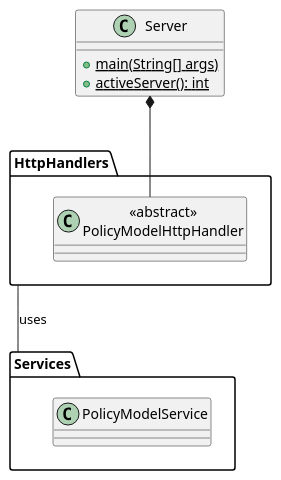
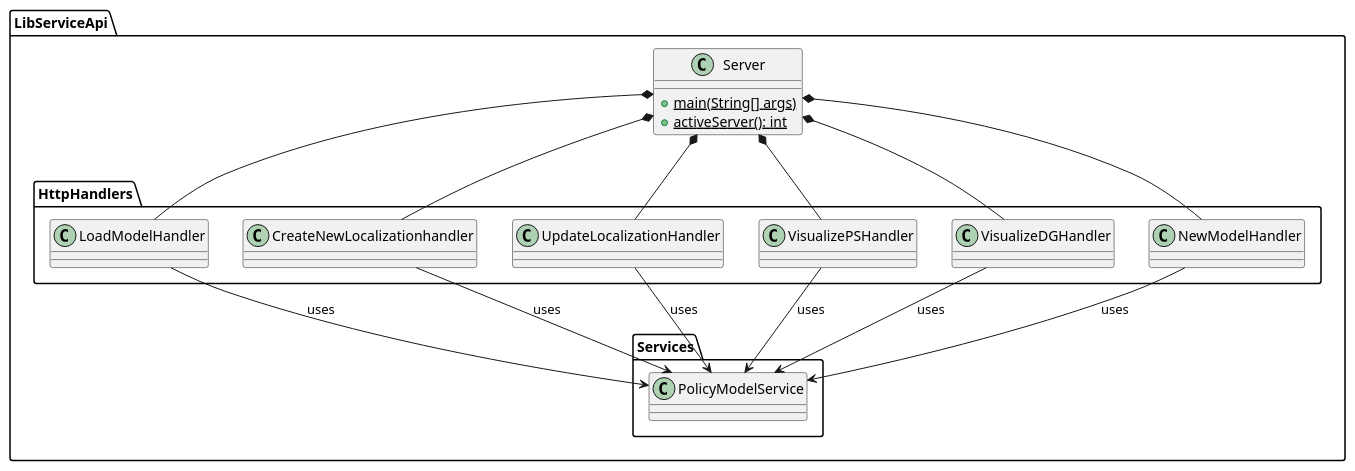
One commit to wolfj123/PolicyModelsPlugin changed the diagram in diagrams/LibServiceApp/LibServiceAppMeta.puml. Above: the diagram before and after it, drawn with PlantUML. The commit also changed 1 other file, not shown here.

Commit message:
update diagrams

```diff
--- a/diagrams/LibServiceApp/LibServiceAppMeta.puml
+++ b/diagrams/LibServiceApp/LibServiceAppMeta.puml
@@ -1,23 +1,52 @@
 @startuml
 
+package LibServiceApi{
 
-package HttpHandlers{
-	class "<<abstract>>\nPolicyModelHttpHandler" as PolicyModelHttpHandler{
+	package HttpHandlers{
+		class LoadModelHandler  {
+ 		}
 
+		class CreateNewLocalizationhandler   {
+		}
+
+		class UpdateLocalizationHandler  {
+		}
+
+		class VisualizePSHandler  {
+		}
+
+		class VisualizeDGHandler  {
+		}
+
+		class NewModelHandler  {
+		}
 	}
+
+	class Server {
+		+{static} main(String[] args)
+		+{static} activeServer(): int
+	}
+
+	package Services {
+		class PolicyModelService {}
+	}
+
 }
 
-class Server {
-	+{static} main(String[] args)
-	+{static} activeServer(): int
-}
+Server *-- LoadModelHandler
+Server *-- UpdateLocalizationHandler
+Server *-- CreateNewLocalizationhandler
+Server *-- VisualizePSHandler
+Server *-- NewModelHandler
+Server *-- VisualizeDGHandler
 
-package Services {
-	class PolicyModelService {}
-}
+CreateNewLocalizationhandler --> PolicyModelService: uses
+UpdateLocalizationHandler --> PolicyModelService: uses
+VisualizePSHandler --> PolicyModelService: uses
+LoadModelHandler --> PolicyModelService: uses
+NewModelHandler --> PolicyModelService: uses
+VisualizeDGHandler --> PolicyModelService: uses
 
-Server *-- PolicyModelHttpHandler
-HttpHandlers -- Services: uses
 
 
 @enduml
```
